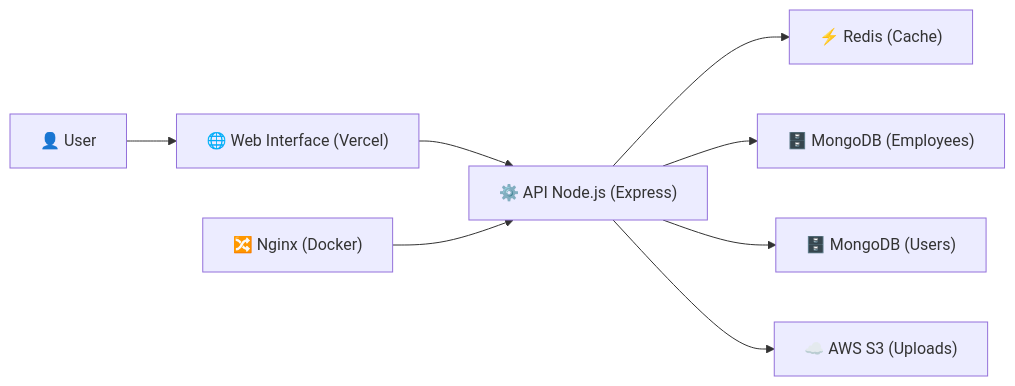
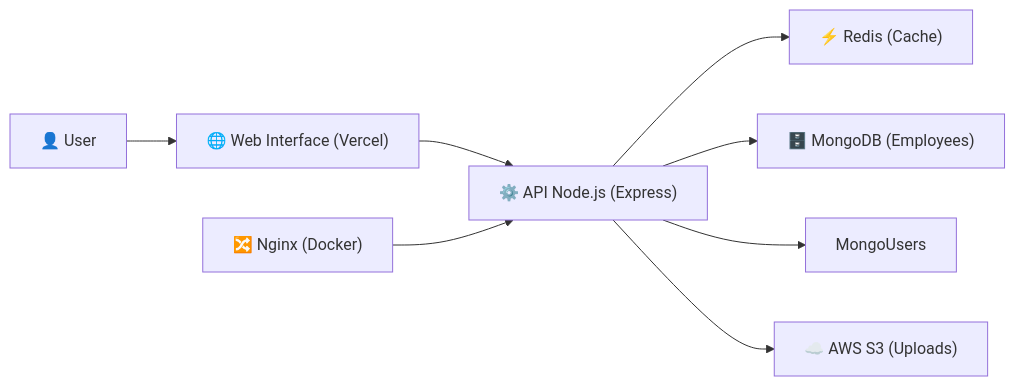
The first of 5 diagrams in README.md (AlanZayon/api-maranguape), drawn with Mermaid before and after one commit. The commit also changed other lines of this file, not shown here.

````diff
--- a/README.md
+++ b/README.md
@@ -9,19 +9,18 @@
 ```mermaid
 flowchart LR
     User["👤 User"]
     Frontend["🌐 Web Interface (Vercel)"]
     API["⚙️ API Node.js (Express)"]
     MongoFunc["🗄️ MongoDB (Employees)"]
-    MongoUsers["🗄️ MongoDB (Users)"]
     Redis["⚡ Redis (Cache)"]
     S3["☁️ AWS S3 (Uploads)"]
     Nginx["🔀 Nginx (Docker)"]
 
     User --> Frontend
     Frontend --> API
     API --> Redis
     API --> MongoFunc
     API --> MongoUsers
     API --> S3
     Nginx --> API
 ```
````
